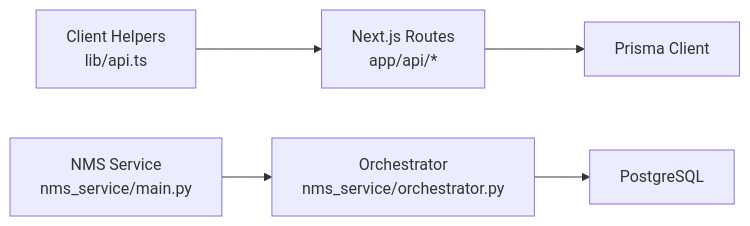
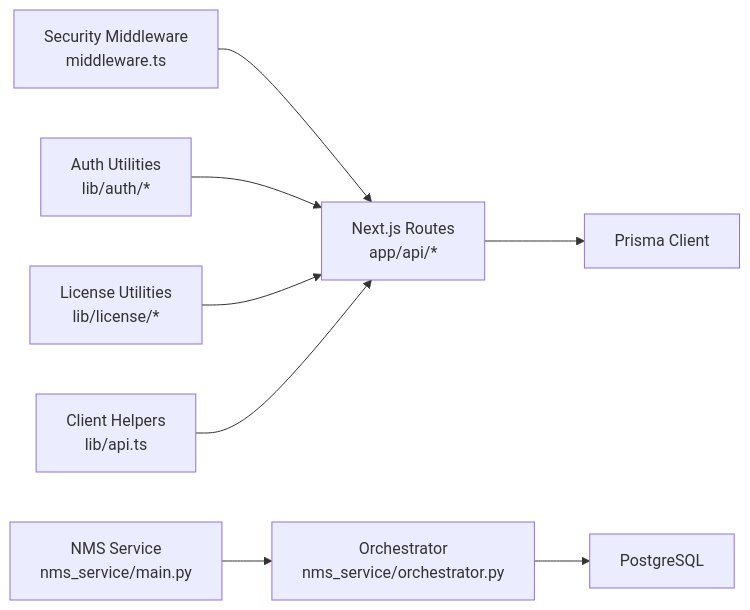
The third of 3 diagrams in .qoder/repowiki/en/content/API Endpoints & Services/API Endpoints & Services.md (celebigilfatih/infrascope), drawn with Mermaid before and after one commit. The commit also changed other lines of this file and 12 other files, not shown here.

First line of the commit message:
feat(api): add authentication, license management, and enhanced security middleware

````diff
--- a/.qoder/repowiki/en/content/API Endpoints & Services/API Endpoints & Services.md
+++ b/.qoder/repowiki/en/content/API Endpoints & Services/API Endpoints & Services.md
@@ -418,7 +563,10 @@
 ```mermaid
 graph LR
-Routes["Next.js Routes<br/>app/api/*"] --> Prisma["Prisma Client"]
+Middleware["Security Middleware<br/>middleware.ts"] --> Routes["Next.js Routes<br/>app/api/*"]
+Routes --> Prisma["Prisma Client"]
+Auth["Auth Utilities<br/>lib/auth/*"] --> Routes
+License["License Utilities<br/>lib/license/*"] --> Routes
 Helpers["Client Helpers<br/>lib/api.ts"] --> Routes
 NMS["NMS Service<br/>nms_service/main.py"] --> Orchestrator["Orchestrator<br/>nms_service/orchestrator.py"]
 Orchestrator --> DB["PostgreSQL"]
 ```
````
